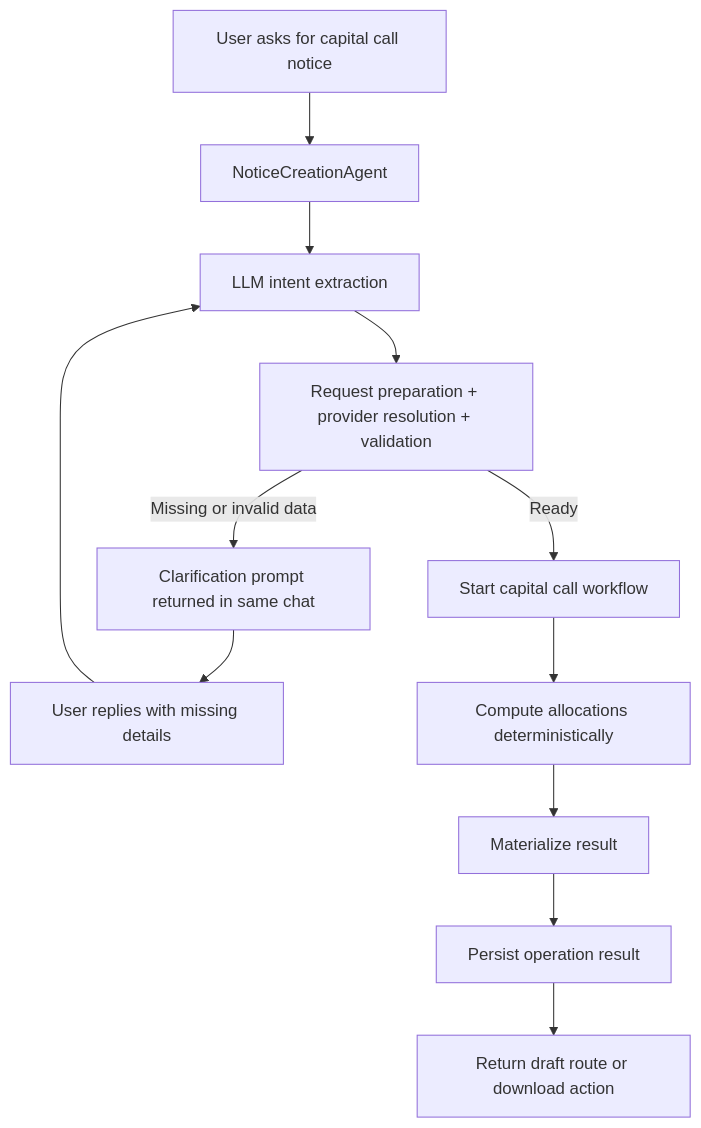
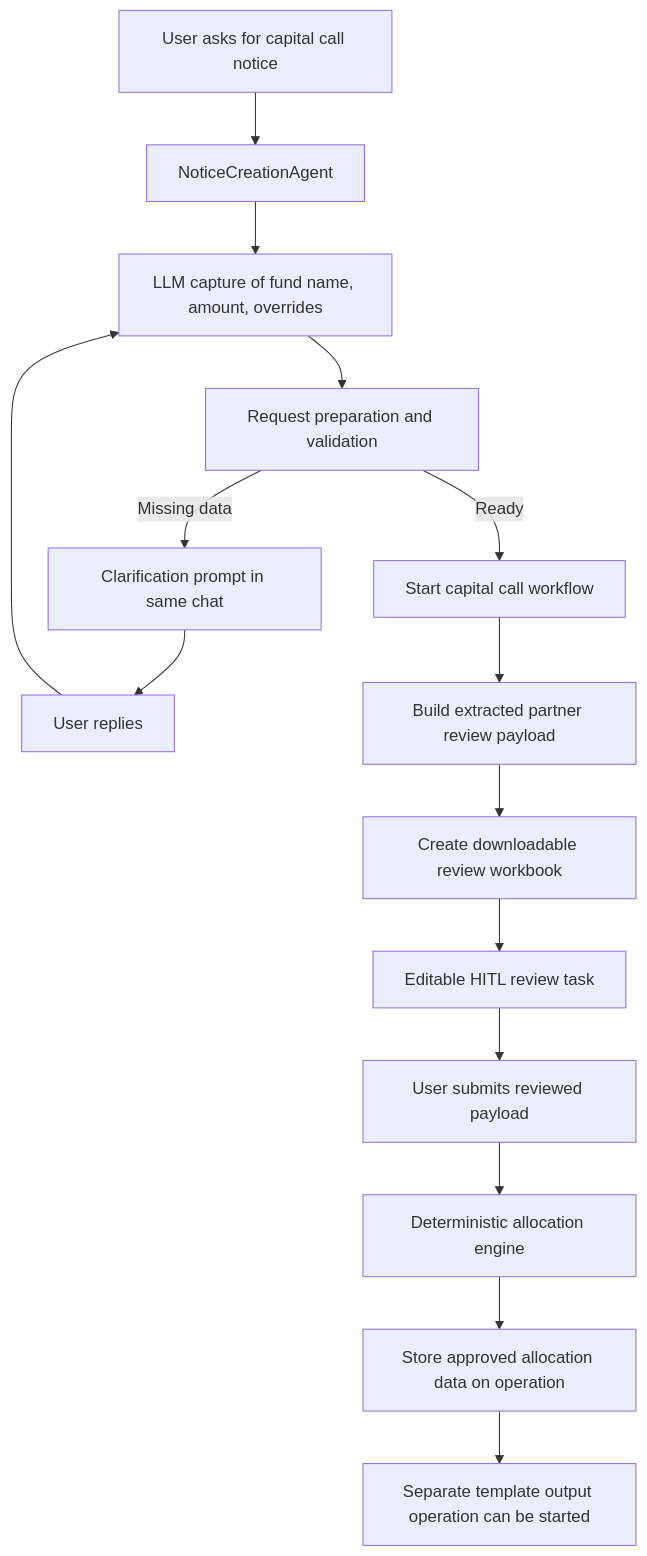
Before and after one commit to naveenpatilcbit/agentic-orchestrator: the diagram in docs/capital-call-notice-flow.md, drawn with Mermaid. The commit also changed other lines of this file and 26 other files, not shown here.

Commit message:
Refine workflow typing and HITL review flow

````diff
--- a/docs/capital-call-notice-flow.md
+++ b/docs/capital-call-notice-flow.md
@@ -83,16 +108,19 @@
 ```mermaid
 flowchart TD
     A["User asks for capital call notice"] --> B["NoticeCreationAgent"]
-    B --> C["LLM intent extraction"]
-    C --> D["Request preparation + provider resolution + validation"]
+    B --> C["LLM capture of fund name, amount, overrides"]
+    C --> D["Request preparation and validation"]
 
-    D -->|Missing or invalid data| E["Clarification prompt returned in same chat"]
-    E --> F["User replies with missing details"]
+    D -->|Missing data| E["Clarification prompt in same chat"]
+    E --> F["User replies"]
     F --> C
 
     D -->|Ready| G["Start capital call workflow"]
-    G --> H["Compute allocations deterministically"]
-    H --> I["Materialize result"]
-    I --> J["Persist operation result"]
-    J --> K["Return draft route or download action"]
+    G --> H["Build extracted partner review payload"]
+    H --> I["Create downloadable review workbook"]
+    I --> J["Editable HITL review task"]
+    J --> K["User submits reviewed payload"]
+    K --> L["Deterministic allocation engine"]
+    L --> M["Store approved allocation data on operation"]
+    M --> N["Separate template output operation can be started"]
 ```
````
